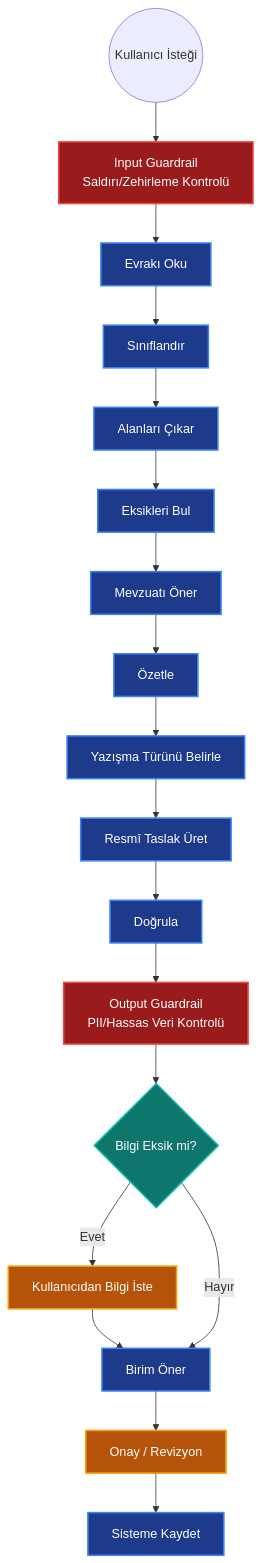
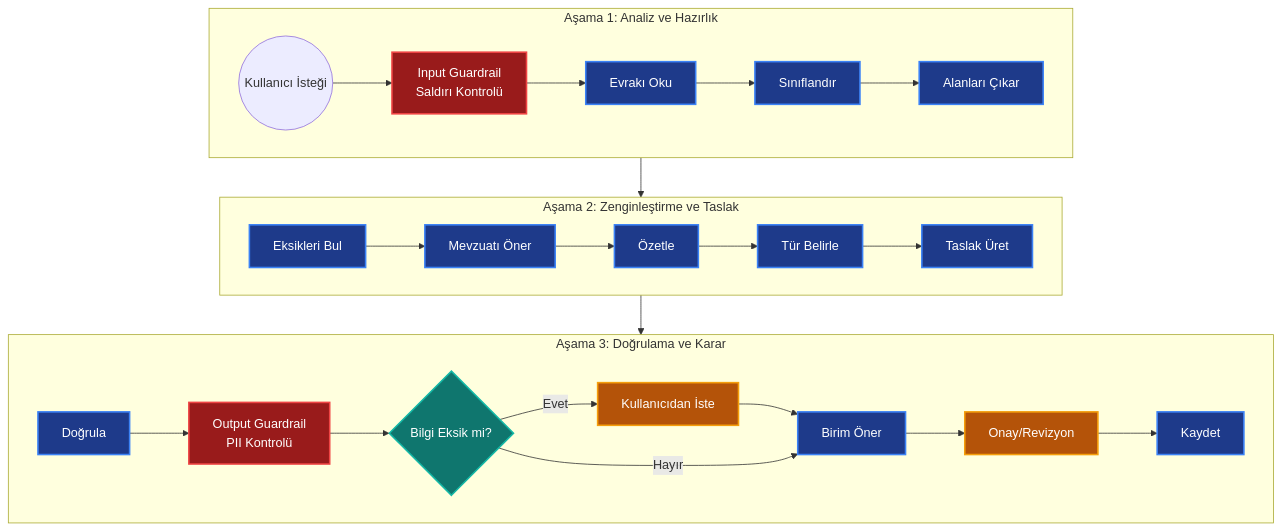
The first of 17 diagrams in README.md (chyp3r/KACHOW-Teknofest-2026), drawn with Mermaid before and after one commit. The commit also changed other lines of this file, not shown here.

Commit message:
docs: readme graphs

````diff
--- a/README.md
+++ b/README.md
@@ -94,27 +95,28 @@
 ```mermaid
-graph TD
+flowchart TD
     classDef step fill:#1e3a8a,stroke:#3b82f6,stroke-width:2px,color:#fff;
     classDef decision fill:#0f766e,stroke:#14b8a6,stroke-width:2px,color:#fff;
     classDef human fill:#b45309,stroke:#f59e0b,stroke-width:2px,color:#fff;
     classDef guard fill:#991b1b,stroke:#ef4444,stroke-width:2px,color:#fff;
 
-    START((Kullanıcı İsteği)) --> IN[Input Guardrail<br/>Saldırı/Zehirleme Kontrolü]:::guard
-    IN --> A[Evrakı Oku]:::step
-    A --> B[Sınıflandır]:::step
-    B --> C[Alanları Çıkar]:::step
-    C --> D[Eksikleri Bul]:::step
-    D --> E[Mevzuatı Öner]:::step
-    E --> F[Özetle]:::step
-    F --> G[Yazışma Türünü Belirle]:::step
-    G --> H[Resmî Taslak Üret]:::step
-    H --> I[Doğrula]:::step
+    subgraph Asama1 [Aşama 1: Analiz ve Hazırlık]
+        direction LR
+        START((Kullanıcı İsteği)) --> IN[Input Guardrail<br/>Saldırı Kontrolü]:::guard --> A[Evrakı Oku]:::step --> B[Sınıflandır]:::step --> C[Alanları Çıkar]:::step
+    end
     
-    I --> OUT[Output Guardrail<br/>PII/Hassas Veri Kontrolü]:::guard
-    OUT --> J{Bilgi Eksik mi?}:::decision
-    J -- Evet --> K[Kullanıcıdan Bilgi İste]:::human
-    K --> L[Birim Öner]:::step
-    J -- Hayır --> L
-    
-    L --> M[Onay / Revizyon]:::human
-    M --> N[Sisteme Kaydet]:::step
+    subgraph Asama2 [Aşama 2: Zenginleştirme ve Taslak]
+        direction LR
+        D[Eksikleri Bul]:::step --> E[Mevzuatı Öner]:::step --> F[Özetle]:::step --> G[Tür Belirle]:::step --> H[Taslak Üret]:::step
+    end
+
+    subgraph Asama3 [Aşama 3: Doğrulama ve Karar]
+        direction LR
+        I[Doğrula]:::step --> OUT[Output Guardrail<br/>PII Kontrolü]:::guard --> J{Bilgi Eksik mi?}:::decision
+        J -- Evet --> K[Kullanıcıdan İste]:::human --> L[Birim Öner]:::step
+        J -- Hayır --> L
+        L --> M[Onay/Revizyon]:::human --> N[Kaydet]:::step
+    end
+
+    C --> D
+    H --> I
 ```
````
